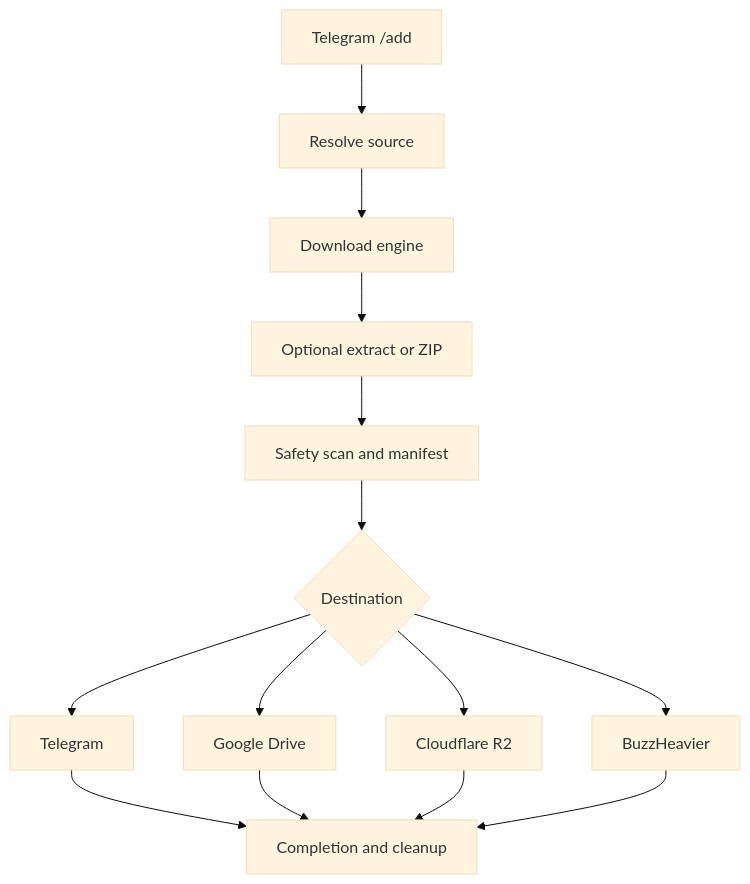
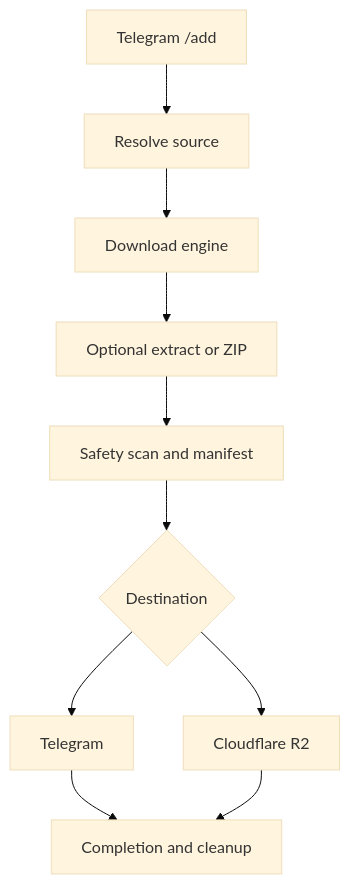
One commit to hitesh920/Mirror-Bot changed the diagram in docs/MIRROR_BOT_TECHNICAL_GUIDE.md. Above: the diagram before and after it, drawn with Mermaid (base theme). The commit also changed other lines of this file and 26 other files, not shown here.

Commit message:
Remove Google Drive and BuzzHeavier

````diff
--- a/docs/MIRROR_BOT_TECHNICAL_GUIDE.md
+++ b/docs/MIRROR_BOT_TECHNICAL_GUIDE.md
@@ -27,16 +24,12 @@
 ```mermaid
 flowchart TD
     A["Telegram /add"] --> B["Resolve source"]
     B --> C["Download engine"]
     C --> D["Optional extract or ZIP"]
     D --> E["Safety scan and manifest"]
     E --> F{"Destination"}
     F --> G["Telegram"]
-    F --> H["Google Drive"]
     F --> I["Cloudflare R2"]
-    F --> K["BuzzHeavier"]
     G --> J["Completion and cleanup"]
-    H --> J
     I --> J
-    K --> J
 ```
````
